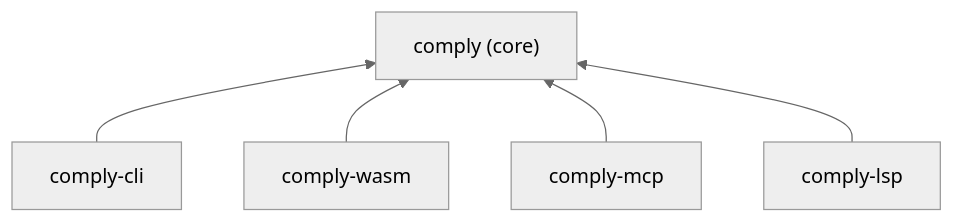
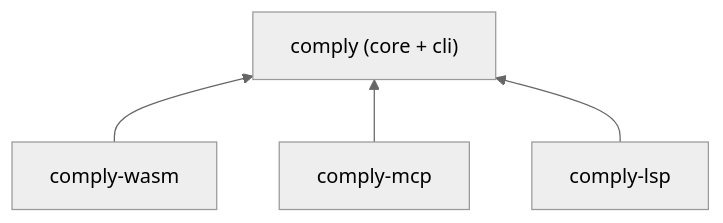
One commit to elioseverojunior/comply changed the second of 7 diagrams in docs/architecture.md. Above: the diagram before and after it, drawn with Mermaid (neutral theme). The commit also changed other lines of this file and 7 other files, not shown here.

````diff
--- a/docs/architecture.md
+++ b/docs/architecture.md
@@ -70,13 +69,11 @@
 ```mermaid
 flowchart BT
-    cli["comply-cli"]
     wasm["comply-wasm"]
     mcp["comply-mcp"]
     lsp["comply-lsp"]
-    core["comply (core)"]
+    core["comply (core + cli)"]
 
-    cli --> core
     wasm --> core
     mcp --> core
     lsp --> core
 ```
````
